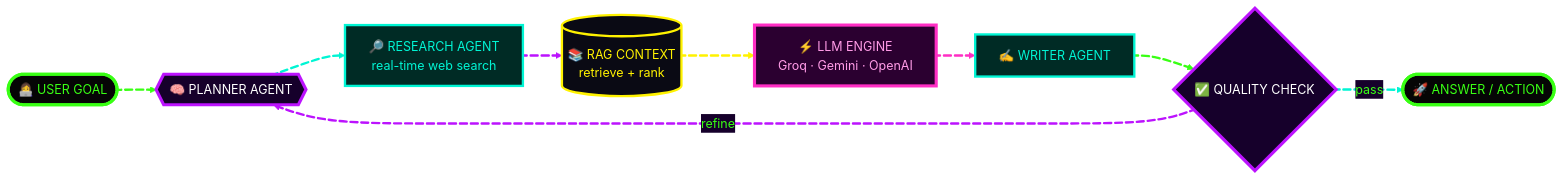
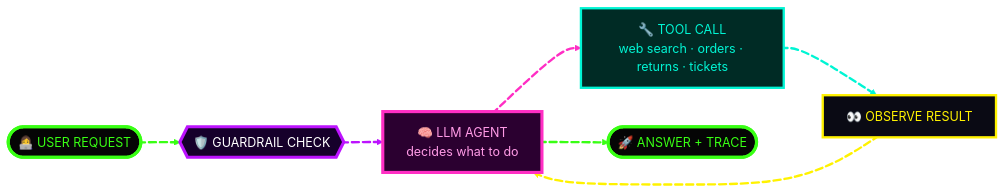
Before and after one commit to priyanshi17112007/priyanshi17112007: the first of 8 diagrams in README.md, drawn with Mermaid. The commit also changed other lines of this file, not shown here.

````diff
--- a/README.md
+++ b/README.md
@@ -93,45 +104,37 @@
 ```mermaid
 %%{init: {'theme':'base','themeVariables':{'background':'#050505','primaryColor':'#0a0a14','primaryTextColor':'#39FF14','primaryBorderColor':'#39FF14','lineColor':'#00F5D4','secondaryColor':'#16002B','tertiaryColor':'#031A0B','fontFamily':'monospace'},'flowchart':{'curve':'basis'}}}%%
 flowchart LR
-    U([👩‍💻 USER GOAL]):::human
-    P{{🧠 PLANNER AGENT}}:::core
-    R[🔎 RESEARCH AGENT<br/>real-time web search]:::agent
-    V[(📚 RAG CONTEXT<br/>retrieve + rank)]:::data
-    L[⚡ LLM ENGINE<br/>Groq · Gemini · OpenAI]:::llm
-    W[✍️ WRITER AGENT]:::agent
-    C{✅ QUALITY CHECK}:::core
-    O([🚀 ANSWER / ACTION]):::human
+    U([👩‍💻 USER REQUEST]):::human
+    G{{🛡️ GUARDRAIL CHECK}}:::core
+    A[🧠 LLM AGENT<br/>decides what to do]:::llm
+    T[🔧 TOOL CALL<br/>web search · orders · returns · tickets]:::agent
+    O[👀 OBSERVE RESULT]:::data
+    R([🚀 ANSWER + TRACE]):::human
 
-    U e1@==> P
-    P e2@==> R
-    R e3@==> V
-    V e4@==> L
-    L e5@==> W
-    W e6@==> C
-    C e7@==>|pass| O
-    C e8@-.->|refine| P
+    U e1@==> G
+    G e2@==> A
+    A e3@==> T
+    T e4@==> O
+    O e5@==> A
+    A e6@==> R
 
     e1@{ animate: true, animation: fast }
     e2@{ animate: true, animation: fast }
     e3@{ animate: true, animation: fast }
     e4@{ animate: true, animation: fast }
-    e5@{ animate: true, animation: fast }
+    e5@{ animate: true, animation: slow }
     e6@{ animate: true, animation: fast }
-    e7@{ animate: true, animation: fast }
-    e8@{ animate: true, animation: slow }
 
     classDef human fill:#050505,stroke:#39FF14,stroke-width:4px,color:#39FF14;
     classDef core fill:#16002B,stroke:#BC13FE,stroke-width:4px,color:#ffffff;
     classDef agent fill:#002B25,stroke:#00F5D4,stroke-width:3px,color:#00F5D4;
     classDef data fill:#0a0a14,stroke:#fff200,stroke-width:3px,color:#fff200;
     classDef llm fill:#2b0030,stroke:#ff2ec4,stroke-width:4px,color:#ff9ae6;
 
     linkStyle 0 stroke:#39FF14,stroke-width:3px;
-    linkStyle 1 stroke:#00F5D4,stroke-width:3px;
-    linkStyle 2 stroke:#BC13FE,stroke-width:3px;
-    linkStyle 3 stroke:#fff200,stroke-width:3px;
-    linkStyle 4 stroke:#ff2ec4,stroke-width:3px;
+    linkStyle 1 stroke:#BC13FE,stroke-width:3px;
+    linkStyle 2 stroke:#ff2ec4,stroke-width:3px;
+    linkStyle 3 stroke:#00F5D4,stroke-width:3px;
+    linkStyle 4 stroke:#fff200,stroke-width:3px;
     linkStyle 5 stroke:#39FF14,stroke-width:3px;
-    linkStyle 6 stroke:#00F5D4,stroke-width:3px;
-    linkStyle 7 stroke:#BC13FE,stroke-width:3px;
 ```
````
